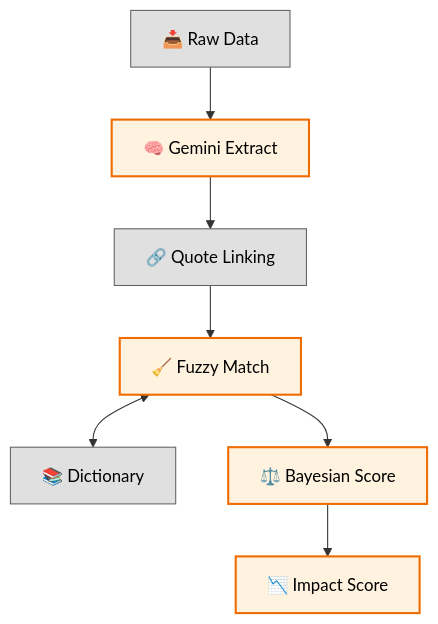
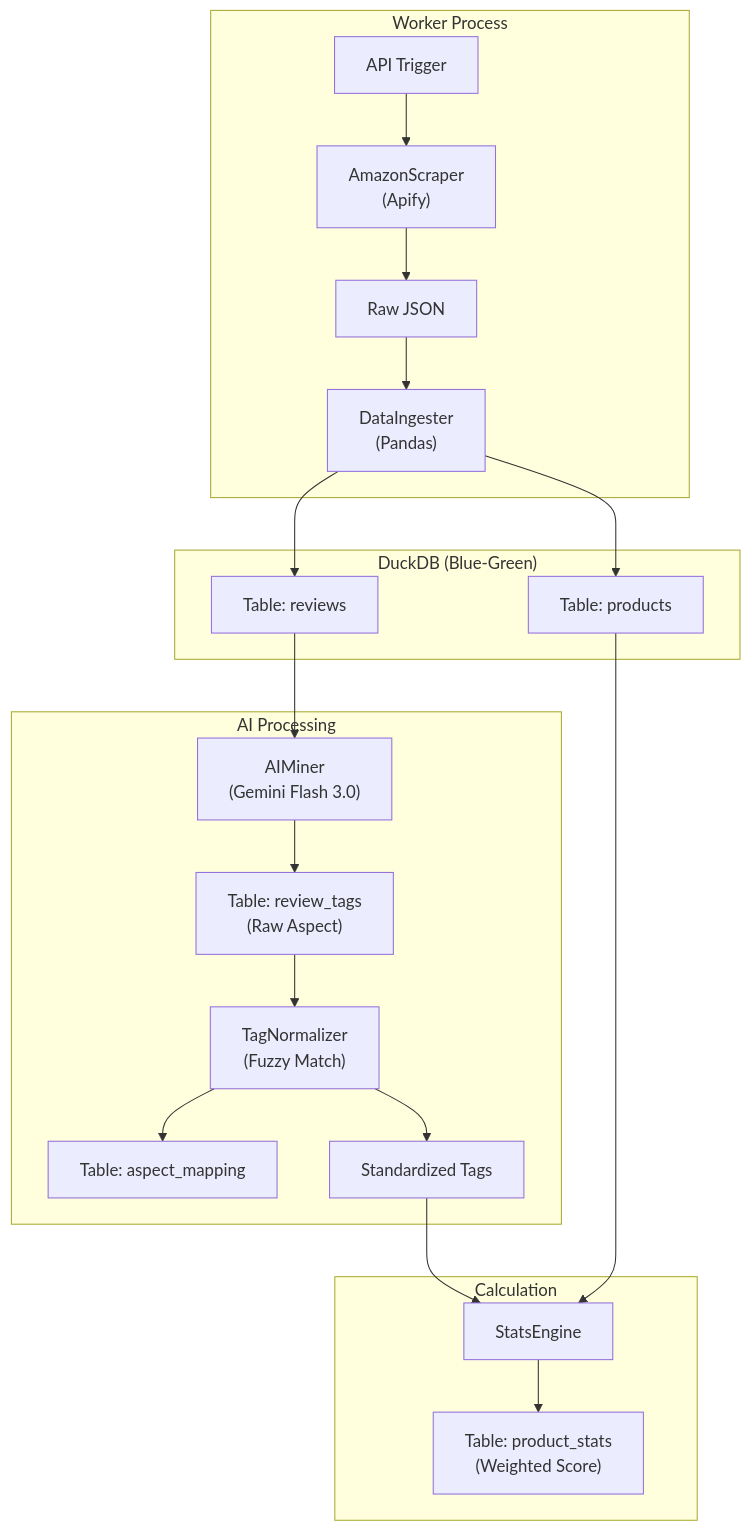
Before and after one commit to Daniel-LeTC/AI_market_intel_platform: the third of 4 diagrams in docs/ECOSYSTEM_NODES_MAP.md, drawn with Mermaid. The commit also changed other lines of this file, not shown here.

Commit message:
docs: finalize Master Architecture Map with Executive, Architect, and Engineer views

````diff
--- a/docs/ECOSYSTEM_NODES_MAP.md
+++ b/docs/ECOSYSTEM_NODES_MAP.md
@@ -164,12 +201,30 @@
 ```mermaid
 graph TD
-    classDef raw fill:#e0e0e0,stroke:#616161,stroke-width:1px,color:#000;
-    classDef ai fill:#fff3e0,stroke:#ef6c00,stroke-width:2px,color:#000;
+    classDef cls fill:#fff9c4,stroke:#fbc02d,stroke-width:1px,color:#000;
+    classDef db fill:#e0e0e0,stroke:#616161,stroke-width:1px,color:#000;
     
-    Raw["📥 Raw Data"]:::raw --> Extract["🧠 Gemini Extract"]:::ai
-    Extract --> Evidence["🔗 Quote Linking"]:::raw
-    Evidence --> Fuzzy["🧹 Fuzzy Match"]:::ai
-    Fuzzy <--> Dict["📚 Dictionary"]:::raw
-    Fuzzy --> Bayes["⚖️ Bayesian Score"]:::ai
-    Bayes --> Impact["📉 Impact Score"]:::ai
+    subgraph WORKER ["Worker Process"]
+        Trigger["API Trigger"] --> Scraper["AmazonScraper<br/>(Apify)"]
+        Scraper --> JSON["Raw JSON"]
+        JSON --> Ingester["DataIngester<br/>(Pandas)"]
+    end
+    
+    subgraph DB ["DuckDB (Blue-Green)"]
+        Ingester --> Reviews["Table: reviews"]
+        Ingester --> Products["Table: products"]
+    end
+    
+    subgraph AI ["AI Processing"]
+        Reviews --> Miner["AIMiner<br/>(Gemini Flash 3.0)"]
+        Miner --> Tags["Table: review_tags<br/>(Raw Aspect)"]
+        Tags --> Janitor["TagNormalizer<br/>(Fuzzy Match)"]
+        Janitor --> Dict["Table: aspect_mapping"]
+        Janitor --> CleanTags["Standardized Tags"]
+    end
+    
+    subgraph CALC ["Calculation"]
+        CleanTags --> Engine["StatsEngine"]
+        Products --> Engine
+        Engine --> Impact["Table: product_stats<br/>(Weighted Score)"]
+    end
 ```
````
